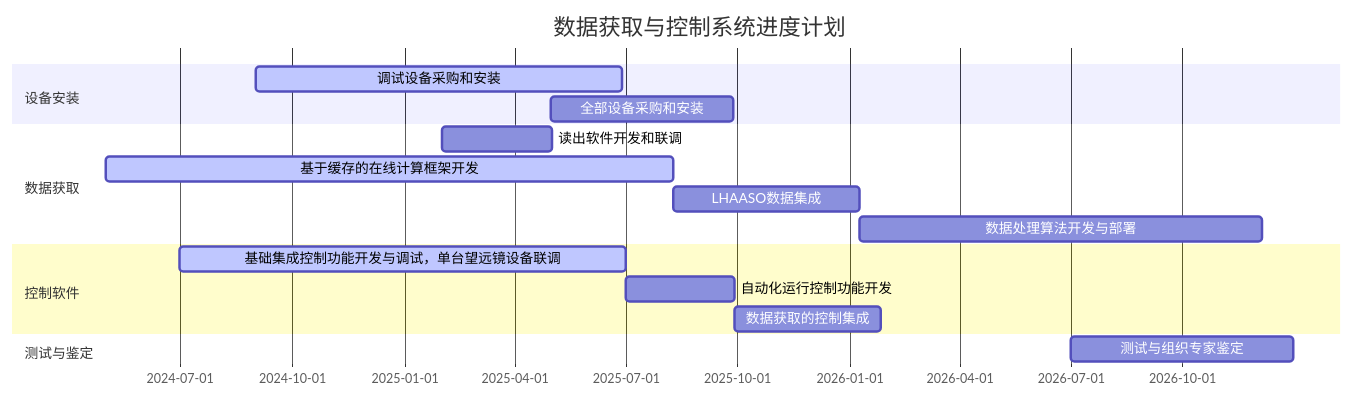
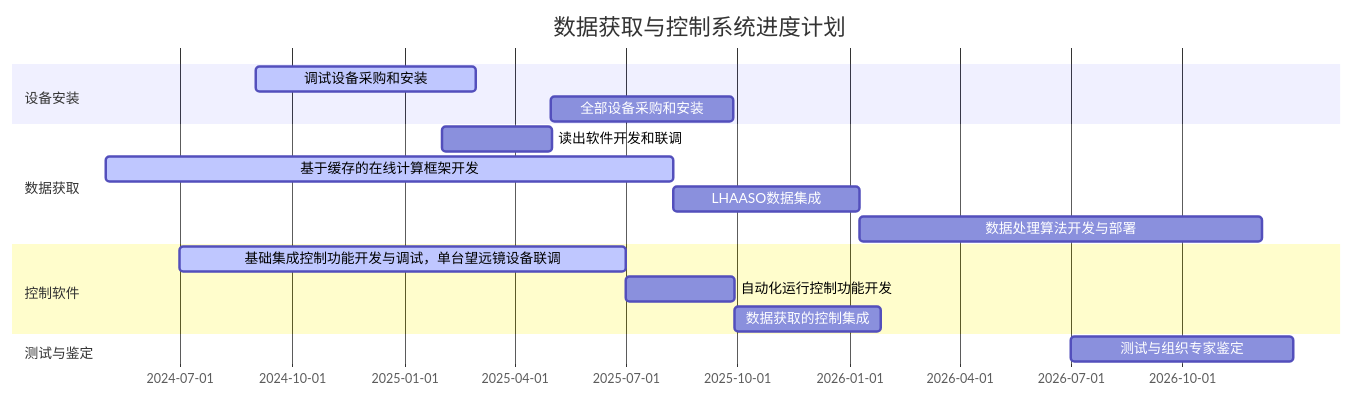
The diagram in all/未命名-1.md (gumh/iodraw-files), drawn with Mermaid before and after one commit.

Commit message:
2025-01-19 14:01:14 update

````diff
--- a/all/未命名-1.md
+++ b/all/未命名-1.md
@@ -1,21 +1,21 @@
 ```mermaid
 gantt
     title 数据获取与控制系统进度计划
     dateFormat YYYY-MM-DD
     todayMarker stroke-width:5px,stroke:#0f0,opacity:0.5
     
     section 设备安装
-    调试设备采购和安装 :active, 2024-09-01, 300d
+    调试设备采购和安装 :active, 2024-09-01, 180d
     全部设备采购和安装 :2025-05-01, 150d
     section 数据获取
     读出软件开发和联调 :2025-02-01, 90d
     基于缓存的在线计算框架开发 :active, b2, 2024-05-01, 465d
     LHAASO数据集成 :b3, after b2, 153d
     数据处理算法开发与部署 :after b3, 330d
     section 控制软件
     基础集成控制功能开发与调试，单台望远镜设备联调 :active, c1, 2024-07-01, 365d
     自动化运行控制功能开发 :c2, after c1, 90d
     数据获取的控制集成 :c3, after c2, 120d
     section 测试与鉴定
     测试与组织专家鉴定 :2026-07-01, 2026-12-31
 ```
````
